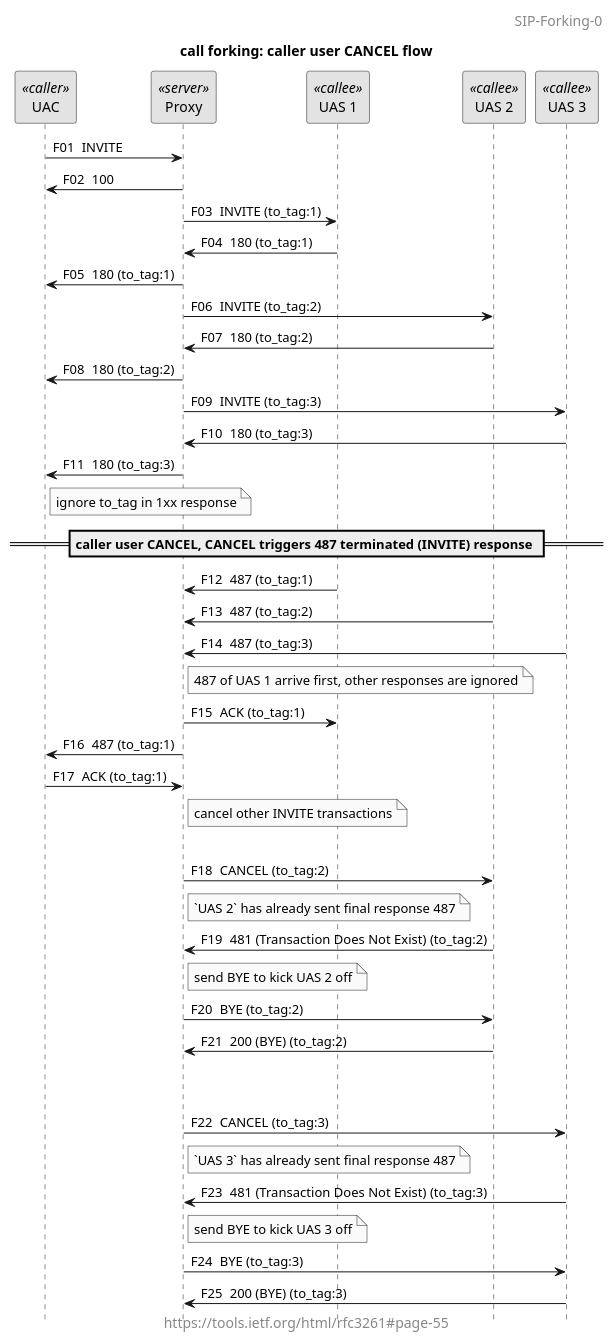
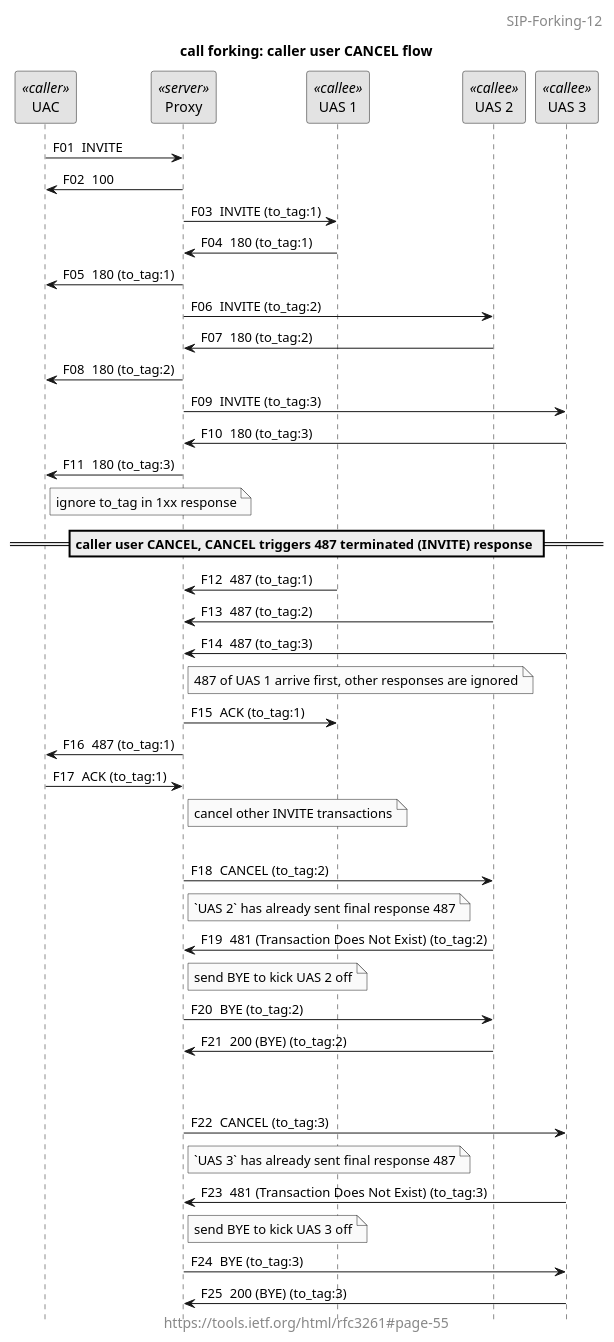
The diagram in sip/CallForking/simple_call_forking_case_c_caller_cancel.puml (gongpengjun/code_diagrams), drawn with PlantUML before and after one commit.

```diff
--- a/sip/CallForking/simple_call_forking_case_c_caller_cancel.puml
+++ b/sip/CallForking/simple_call_forking_case_c_caller_cancel.puml
@@ -1,72 +1,72 @@
 @startuml
 title call forking: caller user CANCEL flow
 
 skinparam monochrome true
 autonumber "F00 "
 hide footbox
 'skinparam BoxPadding 40
 
 skinparam headerFontSize 14
-header SIP-Forking-0
+header SIP-Forking-12
 
 'box "caller"
 participant "UAC" as Caller_UAC <<caller>>
 'end box
 
 'box "proxy"
 participant "Proxy" as Proxy <<server>>
 'end box
 
 'box "callee"
 participant "UAS 1" as Callee_UAS_1 <<callee>>
 participant "UAS 2" as Callee_UAS_2 <<callee>>
 participant "UAS 3" as Callee_UAS_3 <<callee>>
 'end box
 
 Caller_UAC -> Proxy: INVITE
 Caller_UAC <- Proxy: 100
 
 Proxy -> Callee_UAS_1: INVITE (to_tag:1)
 Proxy <- Callee_UAS_1: 180 (to_tag:1)
 Caller_UAC <- Proxy: 180 (to_tag:1)
 
 Proxy -> Callee_UAS_2: INVITE (to_tag:2)
 Proxy <- Callee_UAS_2: 180 (to_tag:2)
 Caller_UAC <- Proxy: 180 (to_tag:2)
 
 Proxy -> Callee_UAS_3: INVITE (to_tag:3)
 Proxy <- Callee_UAS_3: 180 (to_tag:3)
 Caller_UAC <- Proxy: 180 (to_tag:3)
 
 note right of Caller_UAC: ignore to_tag in 1xx response
 
 == caller user CANCEL, CANCEL triggers 487 terminated (INVITE) response ==
 
 Proxy <- Callee_UAS_1: 487 (to_tag:1)
 Proxy <- Callee_UAS_2: 487 (to_tag:2)
 Proxy <- Callee_UAS_3: 487 (to_tag:3)
 note right of Proxy: 487 of UAS 1 arrive first, other responses are ignored
 Proxy -> Callee_UAS_1: ACK (to_tag:1)
 Caller_UAC <- Proxy: 487 (to_tag:1)
 Caller_UAC -> Proxy: ACK (to_tag:1)
 note right of Proxy: cancel other INVITE transactions
 |||
 Proxy -> Callee_UAS_2: CANCEL (to_tag:2)
 note right of Proxy: `UAS 2` has already sent final response 487
 Proxy <- Callee_UAS_2: 481 (Transaction Does Not Exist) (to_tag:2)
 note right of Proxy: send BYE to kick UAS 2 off 
 Proxy -> Callee_UAS_2: BYE (to_tag:2)
 Proxy <- Callee_UAS_2: 200 (BYE) (to_tag:2)
 |||
 |||
 Proxy -> Callee_UAS_3: CANCEL (to_tag:3)
 note right of Proxy: `UAS 3` has already sent final response 487
 Proxy <- Callee_UAS_3: 481 (Transaction Does Not Exist) (to_tag:3)
 note right of Proxy: send BYE to kick UAS 3 off 
 Proxy -> Callee_UAS_3: BYE (to_tag:3)
 Proxy <- Callee_UAS_3: 200 (BYE) (to_tag:3)
 
 skinparam footerFontSize 14
 footer https://tools.ietf.org/html/rfc3261#page-55
 
 @enduml
```
